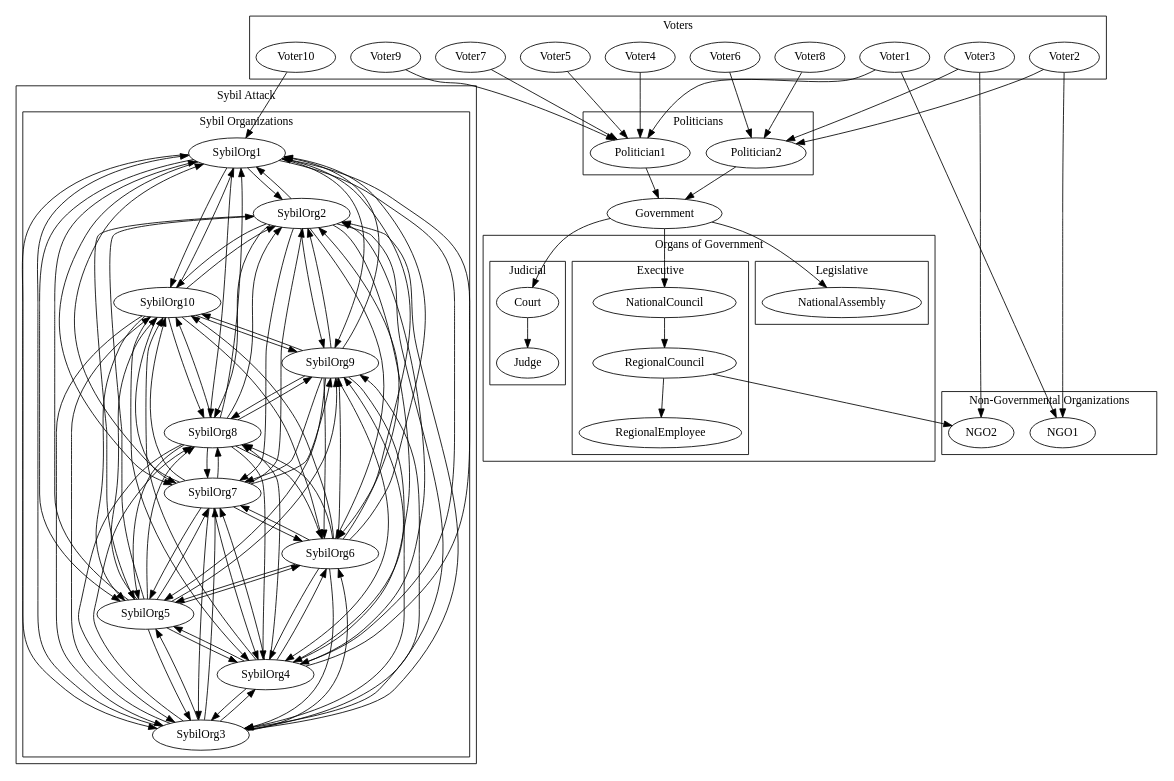
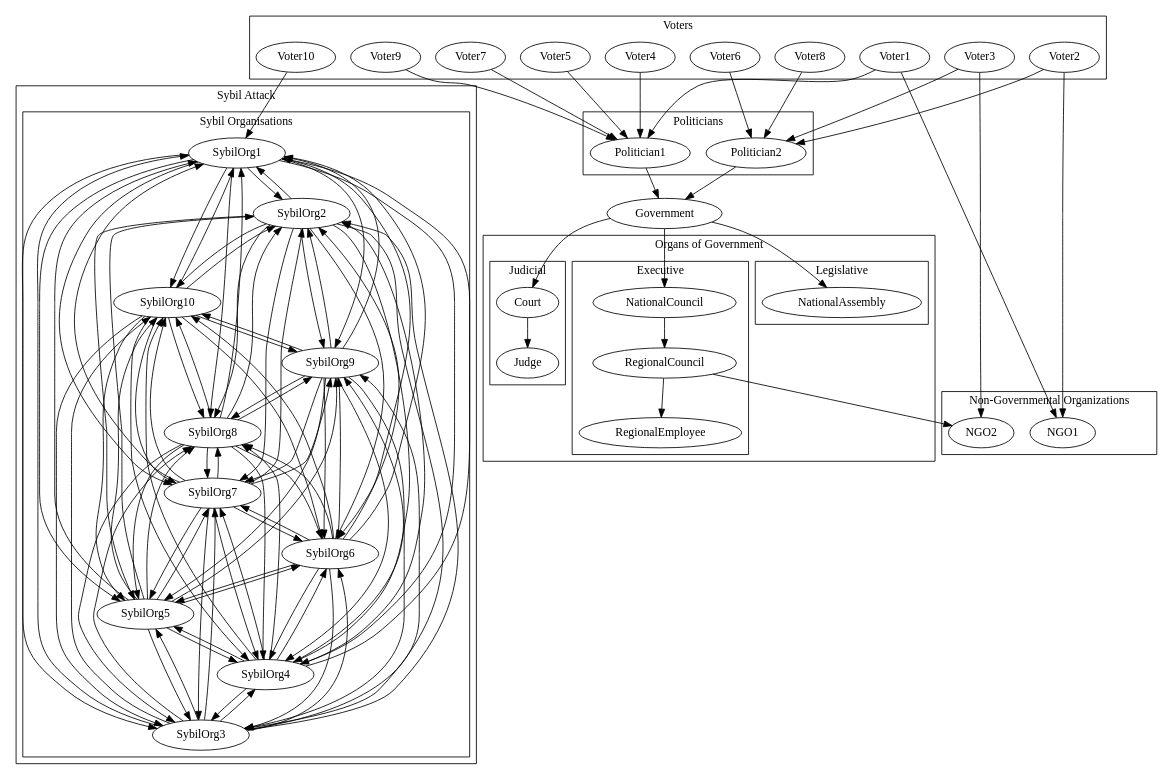
Before and after one commit to harryjkp/grantrank: the diagram in notebooks/networks/sybil-convincing.dot, drawn with Graphviz. The commit also changed 1 other file, not shown here.

```diff
--- a/notebooks/networks/sybil-convincing.dot
+++ b/notebooks/networks/sybil-convincing.dot
@@ -39,7 +39,7 @@
     subgraph cluster_sybil_attack {
         label = "Sybil Attack";
         subgraph cluster_sybil_attack_voters {
-            label = "Sybil Organizations";
+            label = "Sybil Organisations";
             SybilOrg1;
             SybilOrg2;
             SybilOrg3;
```
